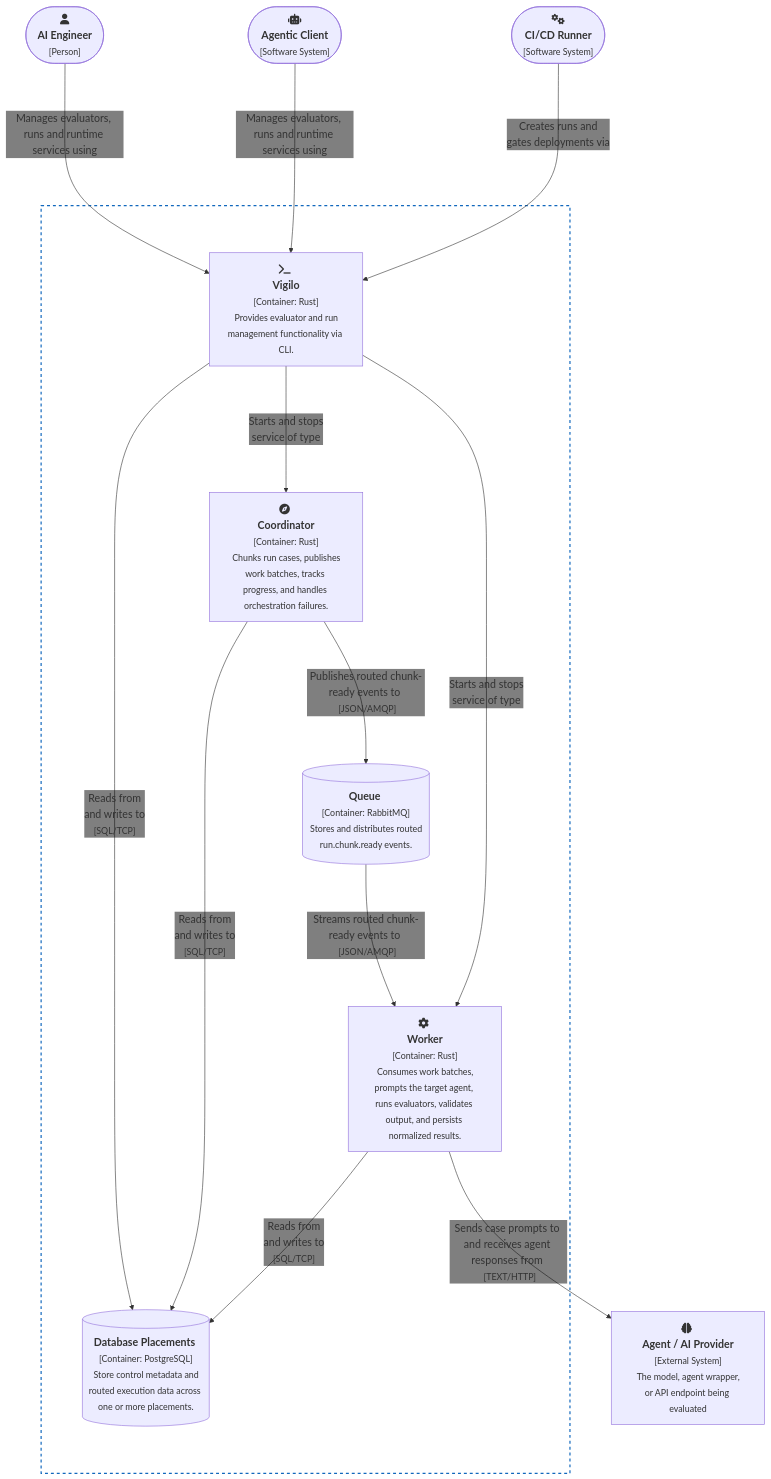
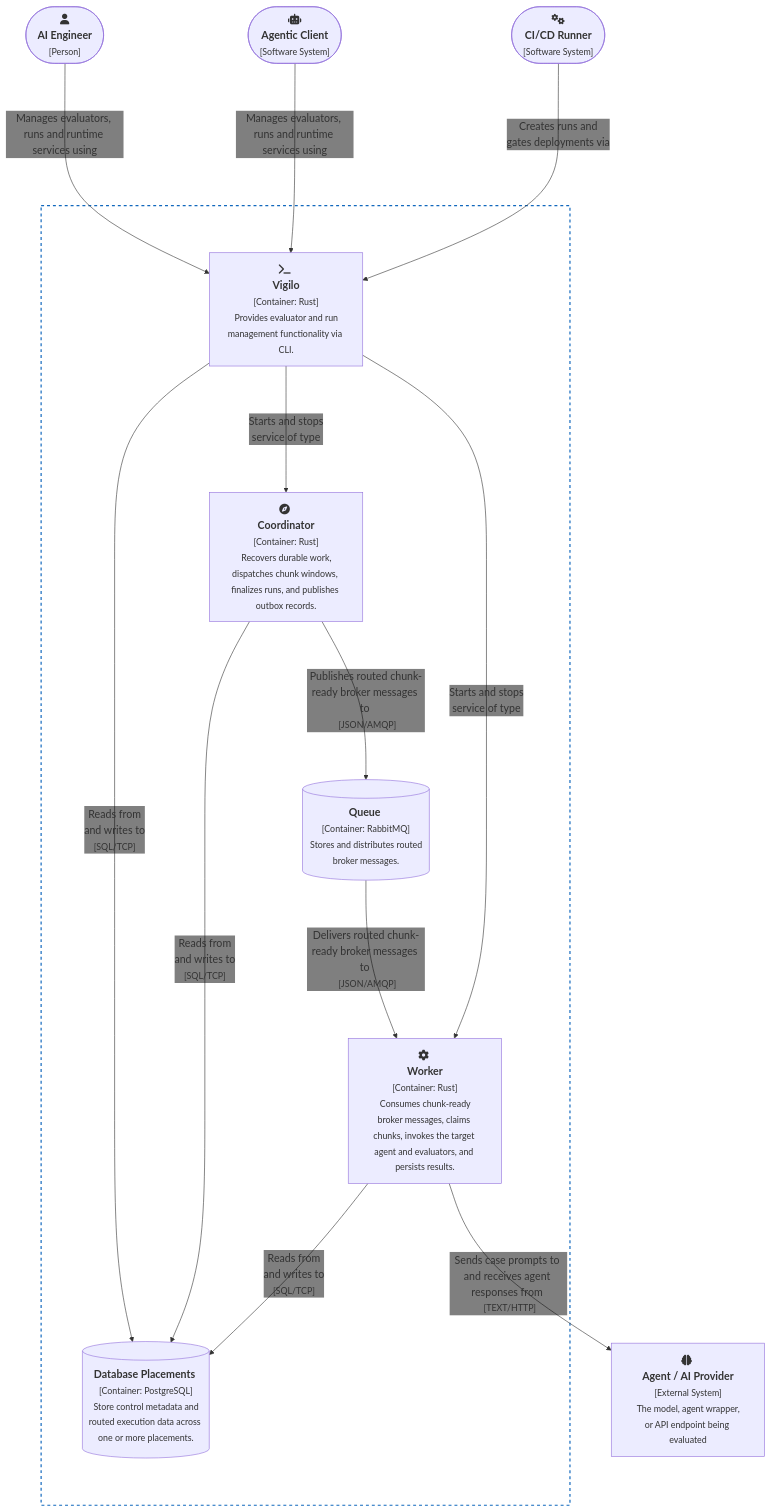
Before and after one commit to gregl83/agent-vigilo: the diagram in web/docs/architecture/structure/containers/agent-vigilo/diagram.mmd, drawn with Mermaid. The commit also changed 44 other files, not shown here.

```diff
--- a/web/docs/architecture/structure/containers/agent-vigilo/diagram.mmd
+++ b/web/docs/architecture/structure/containers/agent-vigilo/diagram.mmd
@@ -1,53 +1,53 @@
 ---
 config:
   flowchart:
     nodeSpacing: 120
     rankSpacing: 160
   themeVariables:
     fontSize: 18px
     padding: 50
     edgeLabelBackground: 'transparent'
 ---
 flowchart TD
     %% actors
     User(["fa:fa-user <br/> <b>AI Engineer</b> <br/> <small>[Person]</small>"]):::person
     AgentClient(["fa:fa-robot <br/> <b>Agentic Client</b> <br/> <small>[Software System]</small>"]):::actor
     CICD(["fa:fa-gears <br/> <b>CI/CD Runner</b> <br/> <small>[Software System]</small>"]):::actor
 
 
     %% components
     Vigilo["fa:fa-terminal <br/> <b>Vigilo</b> <br/> <small>[Container: Rust]</small> <br/> <small>Provides evaluator and run management functionality via CLI.</small>"]:::component
-    Coordinator["fa:fa-compass <br/> <b>Coordinator</b> <br/> <small>[Container: Rust]</small> <br/> <small>Chunks run cases, publishes work batches, tracks progress, and handles orchestration failures.</small>"]:::component
-    Worker["fa:fa-gear <br/> <b>Worker</b> <br/> <small>[Container: Rust]</small> <br/> <small>Consumes work batches, prompts the target agent, runs evaluators, validates output, and persists normalized results.</small>"]:::component
+    Coordinator["fa:fa-compass <br/> <b>Coordinator</b> <br/> <small>[Container: Rust]</small> <br/> <small>Recovers durable work, dispatches chunk windows, finalizes runs, and publishes outbox records.</small>"]:::component
+    Worker["fa:fa-gear <br/> <b>Worker</b> <br/> <small>[Container: Rust]</small> <br/> <small>Consumes chunk-ready broker messages, claims chunks, invokes the target agent and evaluators, and persists results.</small>"]:::component
     Database[("<b>Database Placements</b> <br/> <small>[Container: PostgreSQL]</small> <br/> <small>Store control metadata and routed execution data across one or more placements.</small>")]:::component
-    Queue[("<b>Queue</b> <br/> <small>[Container: RabbitMQ]</small> <br/> <small>Stores and distributes routed run.chunk.ready events.</small>")]:::component
+    Queue[("<b>Queue</b> <br/> <small>[Container: RabbitMQ]</small> <br/> <small>Stores and distributes routed broker messages.</small>")]:::component
 
     %% system boundary
     subgraph VigiloSystem["&nbsp;"]
         Vigilo
         Coordinator
         Worker
         Database
         Queue
     end
     style VigiloSystem stroke-dasharray: 5 5,fill:none,stroke:#1168bd,stroke-width:2px
 
     %% external target
     TargetAgent["fa:fa-brain <br/> <b>Agent / AI Provider</b> <br/> <small>[External System]</small> <br/> <small>The model, agent wrapper, or API endpoint being evaluated</small>"]:::external
 
     %% edges
     User & AgentClient -->|"Manages evaluators, runs and runtime services using"| Vigilo
     CICD -->|Creates runs and <br/> gates deployments via| Vigilo
     Vigilo -->|"Reads from <br/> and writes to <br> <small>[SQL/TCP]</small>"| Database
     Vigilo -->|"Starts and stops <br/> service of type"| Coordinator
     Vigilo -->|"Starts and stops <br/> service of type"| Worker
     Coordinator -->|"Reads from <br/> and writes to <br> <small>[SQL/TCP]</small>"| Database
-    Coordinator -->|"Publishes routed chunk-ready events to <br> <small>[JSON/AMQP]</small>"| Queue
-    Queue -->|"Streams routed chunk-ready events to <br> <small>[JSON/AMQP]</small>"| Worker
+    Coordinator -->|"Publishes routed chunk-ready broker messages to <br> <small>[JSON/AMQP]</small>"| Queue
+    Queue -->|"Delivers routed chunk-ready broker messages to <br> <small>[JSON/AMQP]</small>"| Worker
     Worker -->|"Reads from <br/> and writes to <br> <small>[SQL/TCP]</small>"| Database
     Worker -->|"Sends case prompts to and receives agent responses from <br> <small>[TEXT/HTTP]</small>"| TargetAgent
 
     %% links
     click Vigilo "/docs/architecture/structure/components/vigilo/"
     click Coordinator "/docs/architecture/structure/components/coordinator/"
     click Worker "/docs/architecture/structure/components/worker/"
```
